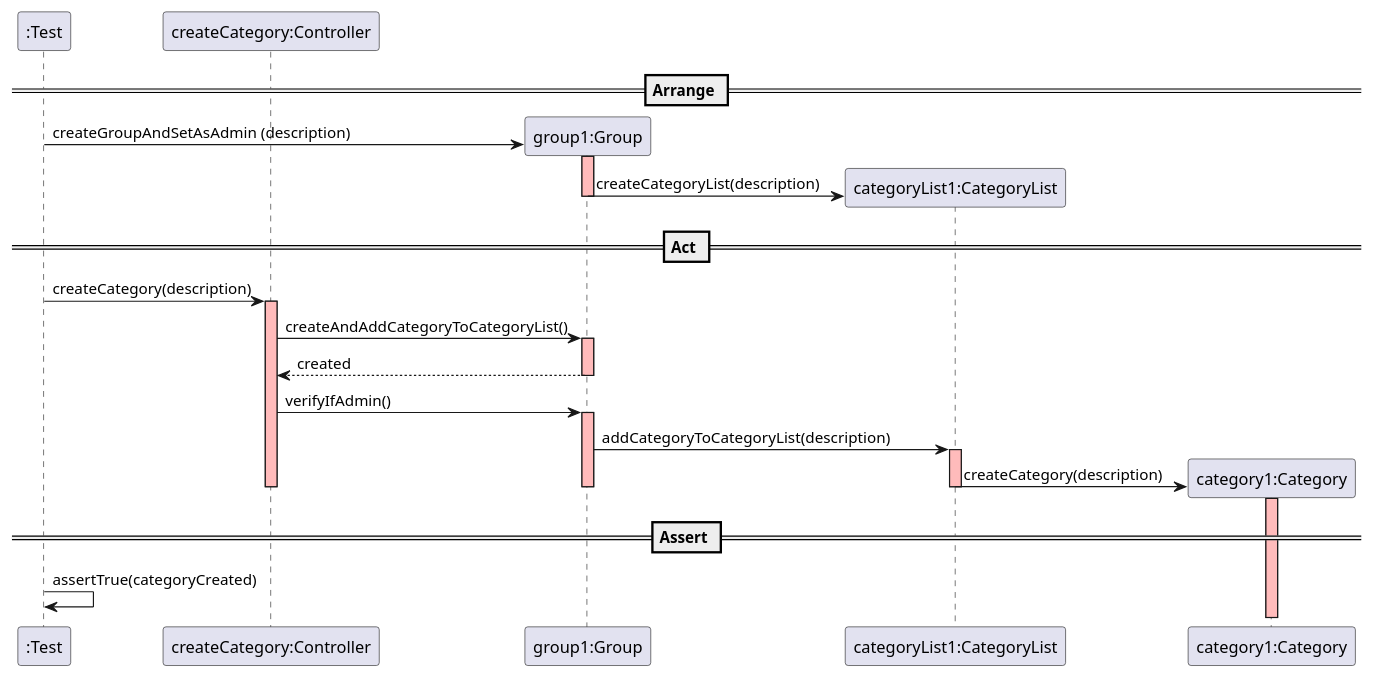
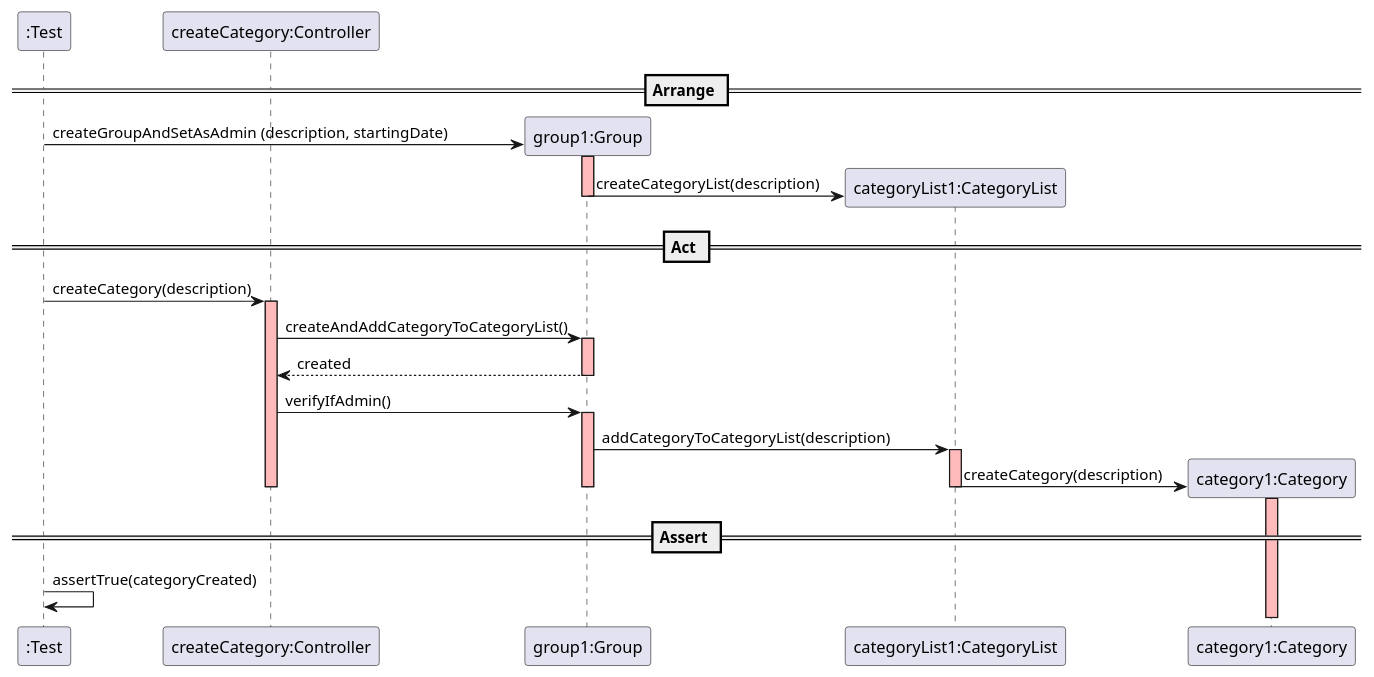
The diagram in docs/SequenceDiagram - US005.1.puml (mleitaoribeiro/DevOpsMaven), drawn with PlantUML before and after one commit.

Commit message:
ref#401: Sequence Diagram - US005.1, first draft

```diff
--- a/docs/SequenceDiagram - US005.1.puml
+++ b/docs/SequenceDiagram - US005.1.puml
@@ -1,46 +1,46 @@
 @startuml
 create ":Test"
 
 == Arrange ==
 create "createCategory:Controller"
 create "group1:Group"
-":Test" -> "group1:Group" : createGroupAndSetAsAdmin (description)
+":Test" -> "group1:Group" : createGroupAndSetAsAdmin (description, startingDate)
 activate "group1:Group" #FFBBBB
 create "categoryList1:CategoryList"
 "group1:Group" -> "categoryList1:CategoryList" :  createCategoryList(description)
 deactivate "group1:Group" #FFBBBB
 
 
 
 
 
 == Act ==
 ":Test" -> "createCategory:Controller" : createCategory(description)
 activate "createCategory:Controller" #FFBBBB
 
 "createCategory:Controller" -> "group1:Group" : createAndAddCategoryToCategoryList()
 activate "group1:Group" #FFBBBB
 "group1:Group" -->"createCategory:Controller" :created
 deactivate "group1:Group" #FFBBBB
 "createCategory:Controller" -> "group1:Group" : verifyIfAdmin()
 activate "group1:Group" #FFBBBB
 
 "group1:Group" -> "categoryList1:CategoryList" : addCategoryToCategoryList(description)
 activate "categoryList1:CategoryList" #FFBBBB
 
 create "category1:Category"
 "categoryList1:CategoryList" -> "category1:Category"  : createCategory(description)
 activate "category1:Category" #FFBBBB
 
 deactivate "createCategory:Controller" #FFBBBB
 deactivate "group1:Group" #FFBBBB
 deactivate "categoryList1:CategoryList"
 deactivate "category1:Category"
 
 
 
 
 
 == Assert ==
 ":Test" -> ":Test" : assertTrue(categoryCreated)
 @enduml
```
